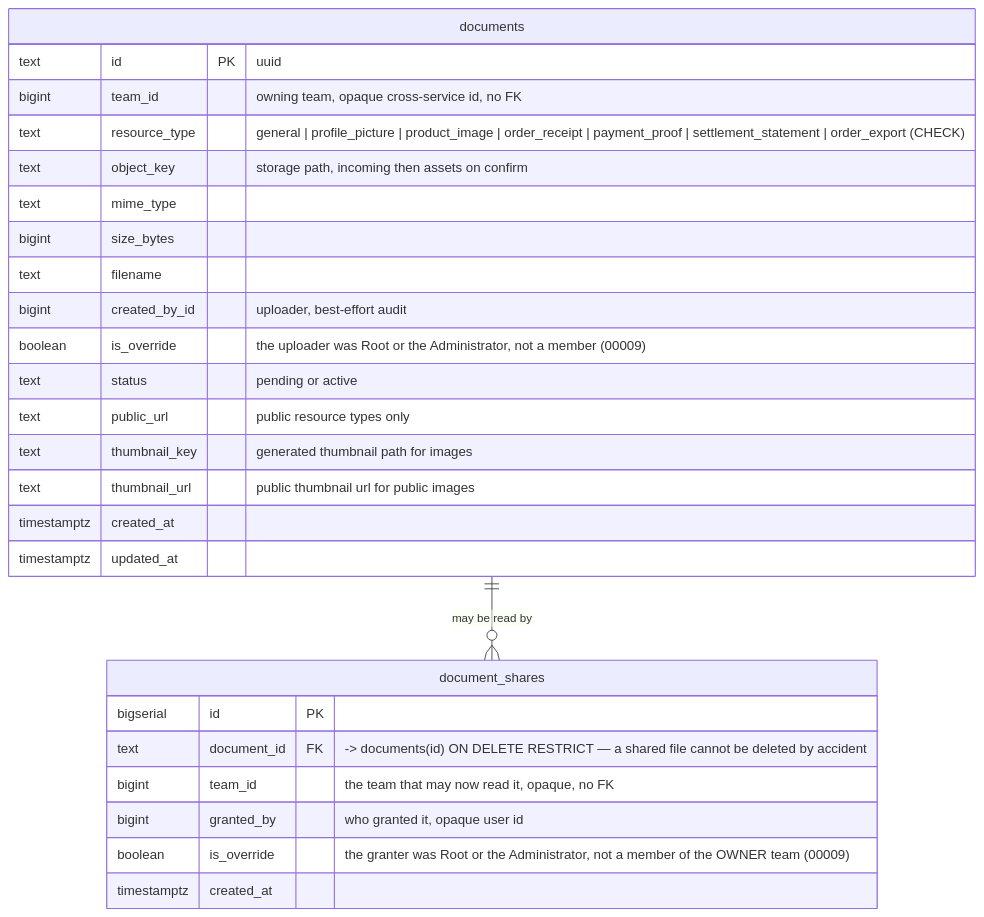
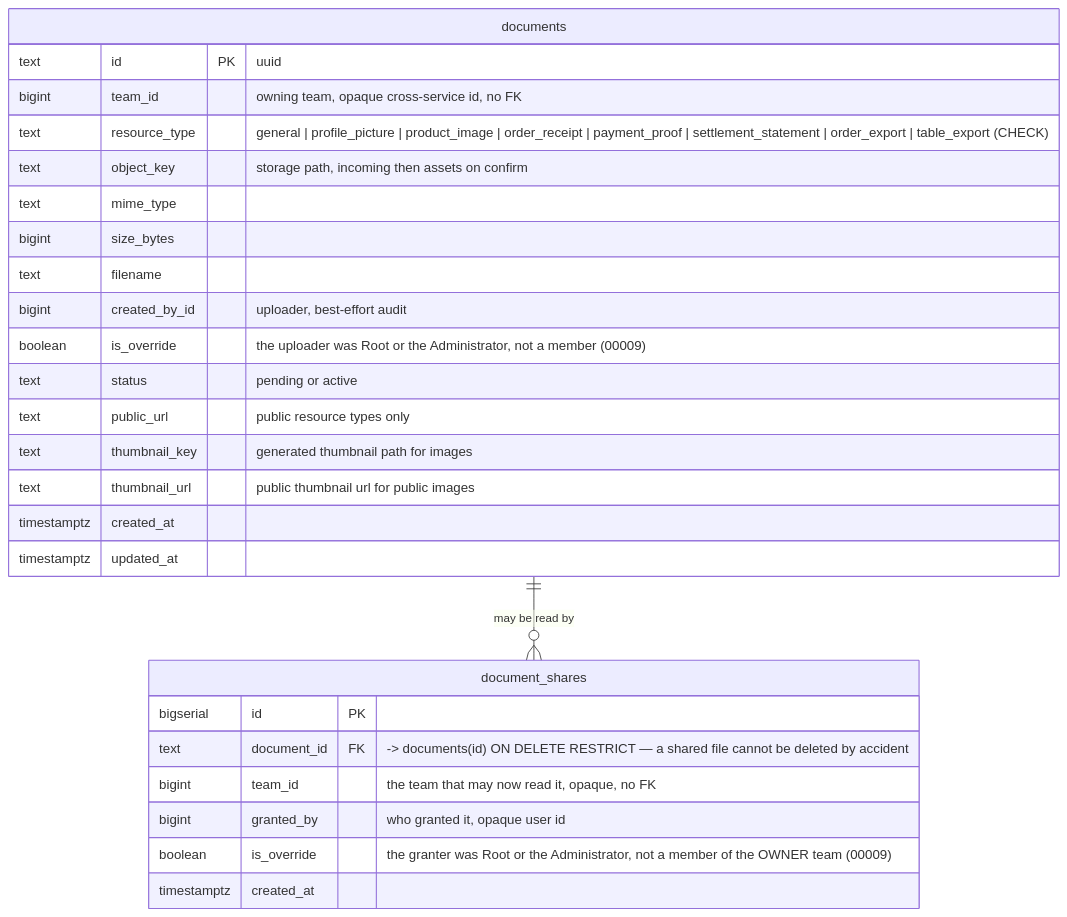
Before and after one commit to pdcgo/warehouse_revamp: the seventh of 23 diagrams in docs/database-schema.md, drawn with Mermaid. The commit also changed other lines of this file and 112 other files, not shown here.

````diff
--- a/docs/database-schema.md
+++ b/docs/database-schema.md
@@ -947,31 +947,31 @@
 ```mermaid
 erDiagram
     documents ||--o{ document_shares : "may be read by"
 
     documents {
         text        id            PK "uuid"
         bigint      team_id       "owning team, opaque cross-service id, no FK"
-        text        resource_type "general | profile_picture | product_image | order_receipt | payment_proof | settlement_statement | order_export (CHECK)"
+        text        resource_type "general | profile_picture | product_image | order_receipt | payment_proof | settlement_statement | order_export | table_export (CHECK)"
         text        object_key    "storage path, incoming then assets on confirm"
         text        mime_type
         bigint      size_bytes
         text        filename
         bigint      created_by_id "uploader, best-effort audit"
         boolean     is_override   "the uploader was Root or the Administrator, not a member (00009)"
         text        status        "pending or active"
         text        public_url    "public resource types only"
         text        thumbnail_key "generated thumbnail path for images"
         text        thumbnail_url "public thumbnail url for public images"
         timestamptz created_at
         timestamptz updated_at
     }
 
     document_shares {
         bigserial   id          PK
         text        document_id FK "-> documents(id) ON DELETE RESTRICT — a shared file cannot be deleted by accident"
         bigint      team_id     "the team that may now read it, opaque, no FK"
         bigint      granted_by  "who granted it, opaque user id"
         boolean     is_override "the granter was Root or the Administrator, not a member of the OWNER team (00009)"
         timestamptz created_at
     }
 ```
````
